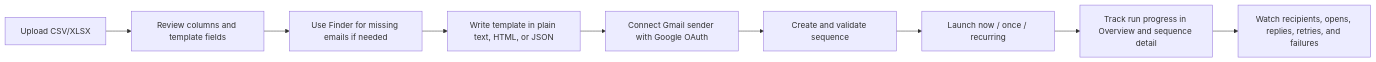
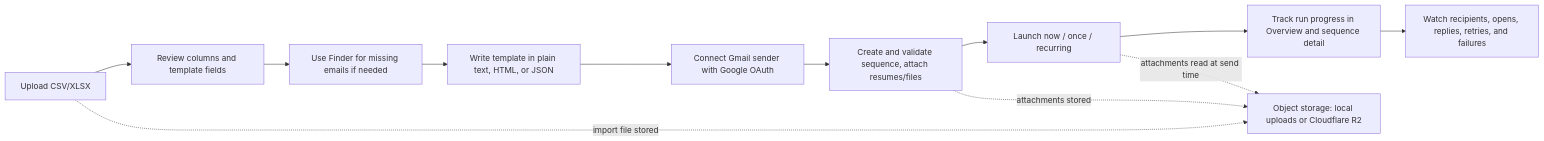
One commit to ka8540/Sendloom changed the first of 2 diagrams in README.md. Above: the diagram before and after it, drawn with Mermaid. The commit also changed other lines of this file, not shown here.

Commit message:
Show Cloudflare R2 storage in README diagrams

````diff
--- a/README.md
+++ b/README.md
@@ -96,11 +96,14 @@
 ```mermaid
 flowchart LR
     A["Upload CSV/XLSX"] --> B["Review columns and template fields"]
     B --> C["Use Finder for missing emails if needed"]
     C --> D["Write template in plain text, HTML, or JSON"]
     D --> E["Connect Gmail sender with Google OAuth"]
-    E --> F["Create and validate sequence"]
+    E --> F["Create and validate sequence, attach resumes/files"]
     F --> G["Launch now / once / recurring"]
     G --> H["Track run progress in Overview and sequence detail"]
     H --> I["Watch recipients, opens, replies, retries, and failures"]
+    A -. import file stored .-> S["Object storage: local uploads or Cloudflare R2"]
+    F -. attachments stored .-> S
+    G -. attachments read at send time .-> S
 ```
````
